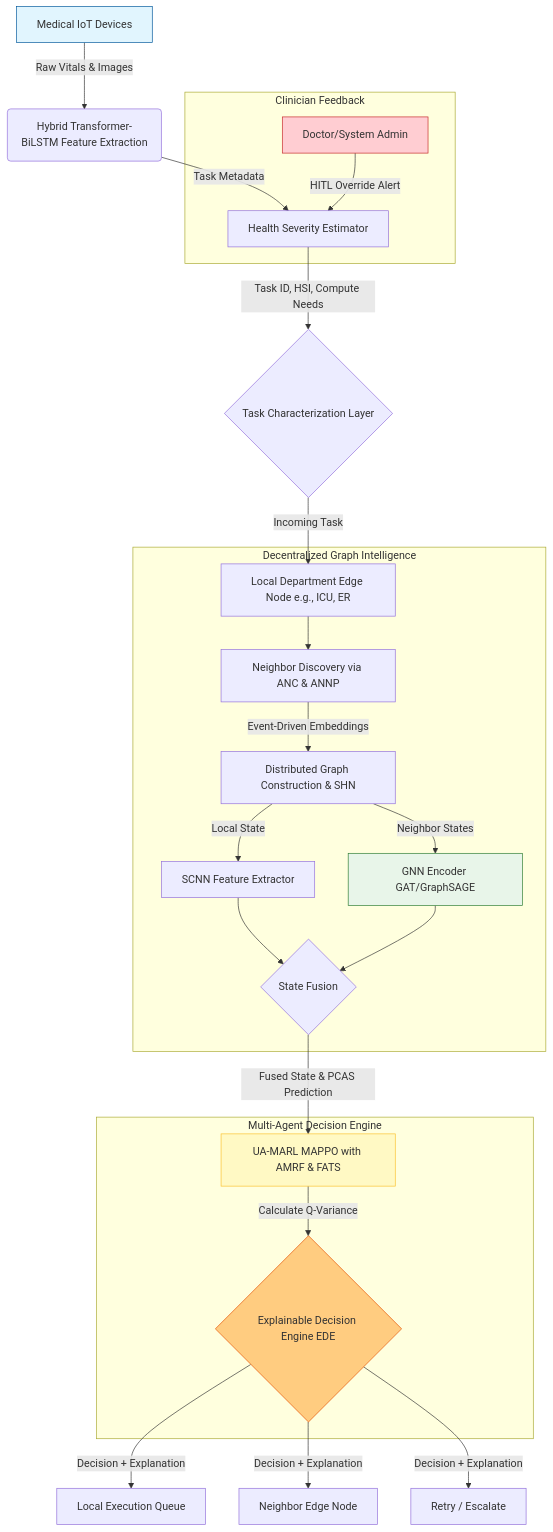
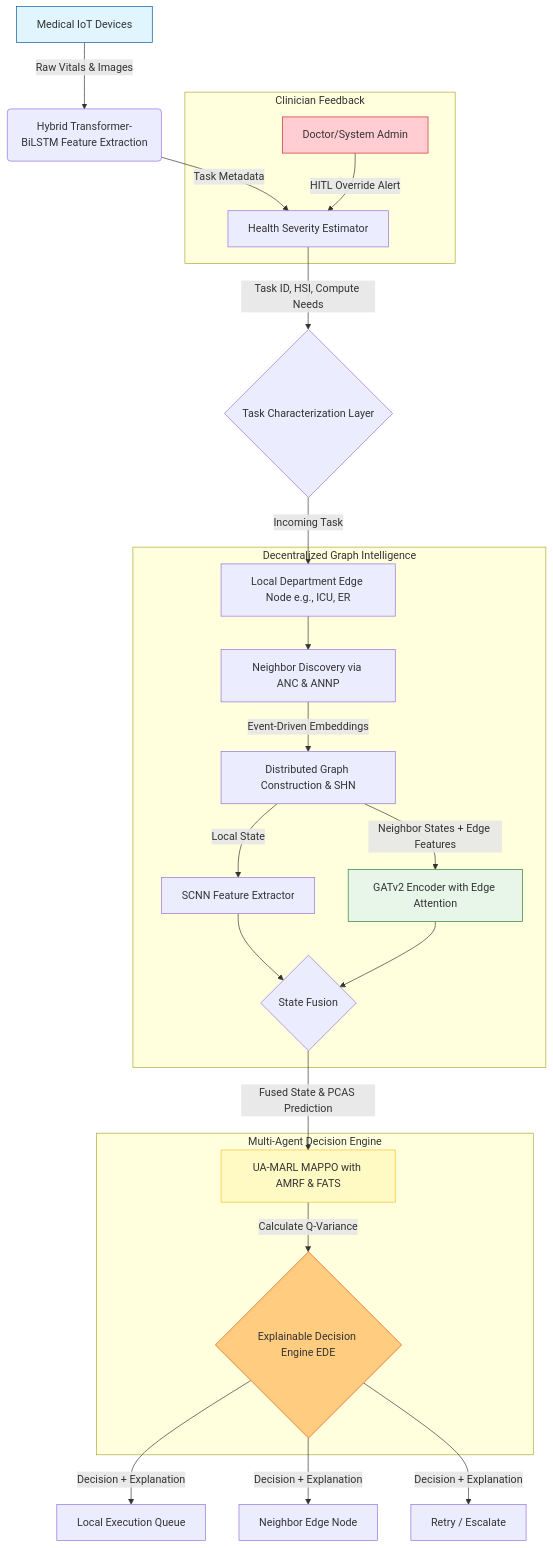
One commit to Abhishek-2027/Graph-Neural-Multi-Agent-Reinforcement-Learning-for-Fully-Decentralized-Hospital-Edge-Intelligence changed the first of 2 diagrams in GraphMARL_Research_Proposal.md. Above: the diagram before and after it, drawn with Mermaid. The commit also changed other lines of this file and 27 other files, not shown here.

````diff
--- a/GraphMARL_Research_Proposal.md
+++ b/GraphMARL_Research_Proposal.md
@@ -79,35 +79,35 @@
 ```mermaid
 graph TD
     A[Medical IoT Devices] -->|Raw Vitals & Images| B(Hybrid Transformer-BiLSTM Feature Extraction)
     B -->|Task Metadata| C[Health Severity Estimator]
     C -->|Task ID, HSI, Compute Needs| D{Task Characterization Layer}
     D -->|Incoming Task| E[Local Department Edge Node e.g., ICU, ER]
     
     subgraph Clinician Feedback
     Z[Doctor/System Admin] -->|HITL Override Alert| C
     end
     
     subgraph Decentralized Graph Intelligence
     E --> F[Neighbor Discovery via ANC & ANNP]
     F -->|Event-Driven Embeddings| G[Distributed Graph Construction & SHN]
     G -->|Local State| H1[SCNN Feature Extractor]
-    G -->|Neighbor States| H2[GNN Encoder GAT/GraphSAGE]
+    G -->|Neighbor States + Edge Features| H2[GATv2 Encoder with Edge Attention]
     H1 --> I{State Fusion}
     H2 --> I
     end
     
     subgraph Multi-Agent Decision Engine
     I -->|Fused State & PCAS Prediction| J[UA-MARL MAPPO with AMRF & FATS]
     J -->|Calculate Q-Variance| K{Explainable Decision Engine EDE}
     end
     
     K -->|Decision + Explanation| L[Local Execution Queue]
     K -->|Decision + Explanation| M[Neighbor Edge Node]
     K -->|Decision + Explanation| N[Retry / Escalate]
     
     style A fill:#e1f5fe,stroke:#01579b
     style J fill:#fff9c4,stroke:#fbc02d
     style H2 fill:#e8f5e9,stroke:#2e7d32
     style Z fill:#ffcdd2,stroke:#c62828
     style K fill:#ffcc80,stroke:#e65100
 ```
````
